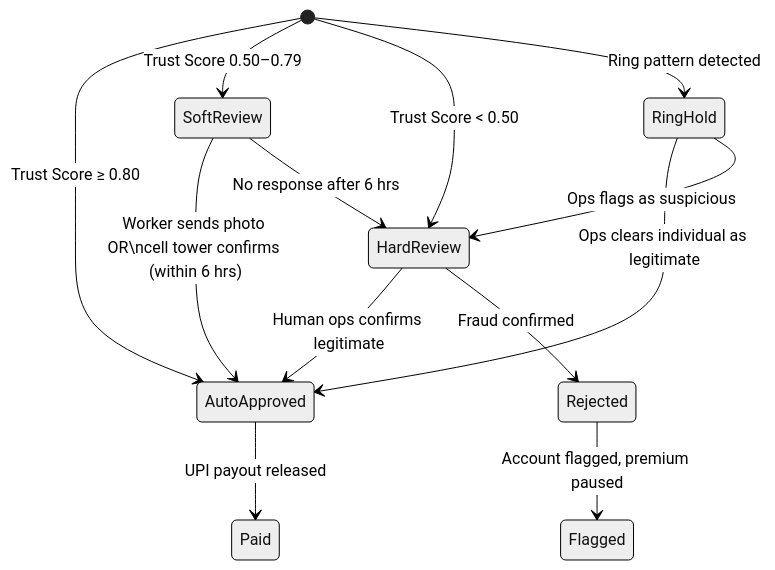
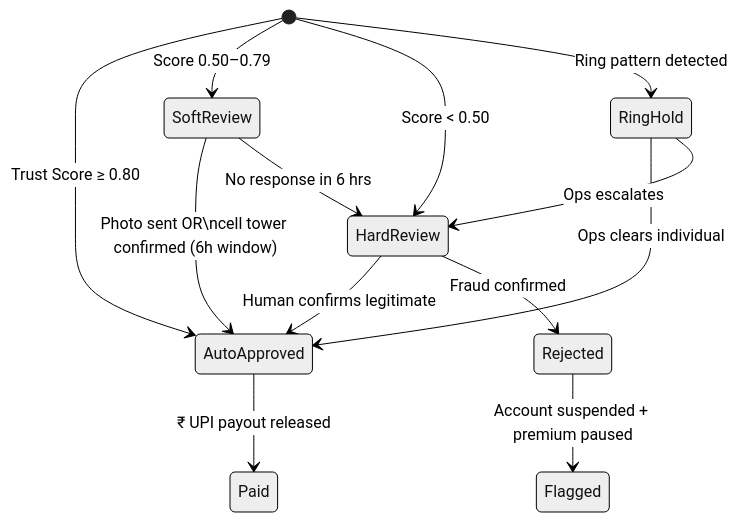
Before and after one commit to rox-dev6/gw: the sixth of 8 diagrams in README.md, drawn with Mermaid (neutral theme). The commit also changed other lines of this file, not shown here.

````diff
--- a/README.md
+++ b/README.md
@@ -369,19 +479,19 @@
 ```mermaid
 stateDiagram-v2
     [*] --> AutoApproved : Trust Score ≥ 0.80
-    [*] --> SoftReview : Trust Score 0.50–0.79
-    [*] --> HardReview : Trust Score < 0.50
+    [*] --> SoftReview : Score 0.50–0.79
+    [*] --> HardReview : Score < 0.50
     [*] --> RingHold : Ring pattern detected
 
-    SoftReview --> AutoApproved : Worker sends photo OR\ncell tower confirms (within 6 hrs)
-    SoftReview --> HardReview : No response after 6 hrs
+    SoftReview --> AutoApproved : Photo sent OR\ncell tower confirmed (6h window)
+    SoftReview --> HardReview : No response in 6 hrs
 
-    RingHold --> AutoApproved : Ops clears individual as legitimate
-    RingHold --> HardReview : Ops flags as suspicious
+    RingHold --> AutoApproved : Ops clears individual
+    RingHold --> HardReview : Ops escalates
 
-    HardReview --> AutoApproved : Human ops confirms legitimate
+    HardReview --> AutoApproved : Human confirms legitimate
     HardReview --> Rejected : Fraud confirmed
 
-    AutoApproved --> Paid : UPI payout released
-    Rejected --> Flagged : Account flagged, premium paused
+    AutoApproved --> Paid : ₹ UPI payout released
+    Rejected --> Flagged : Account suspended + premium paused
 ```
````
